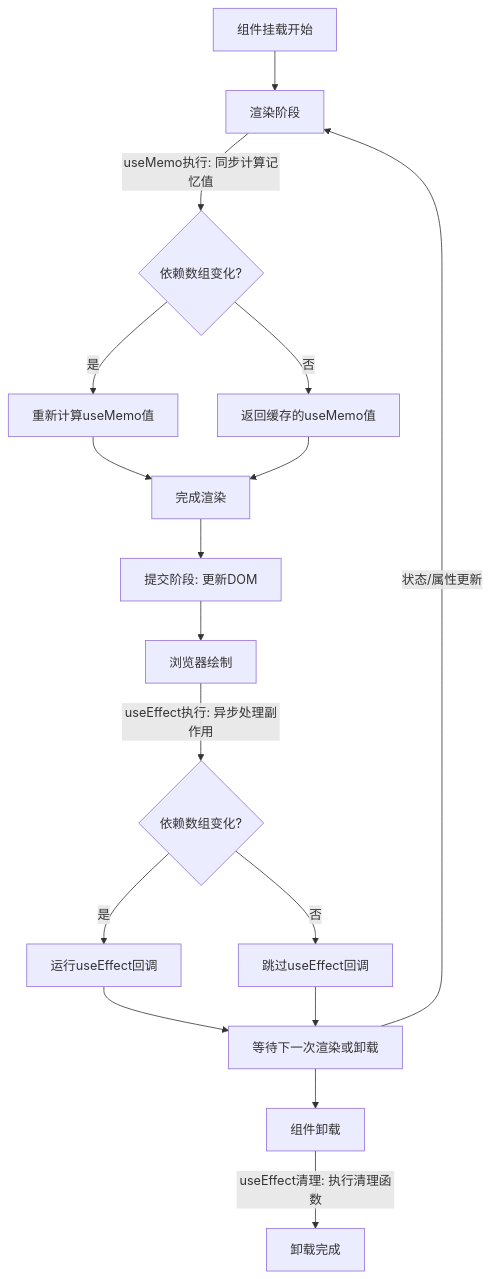
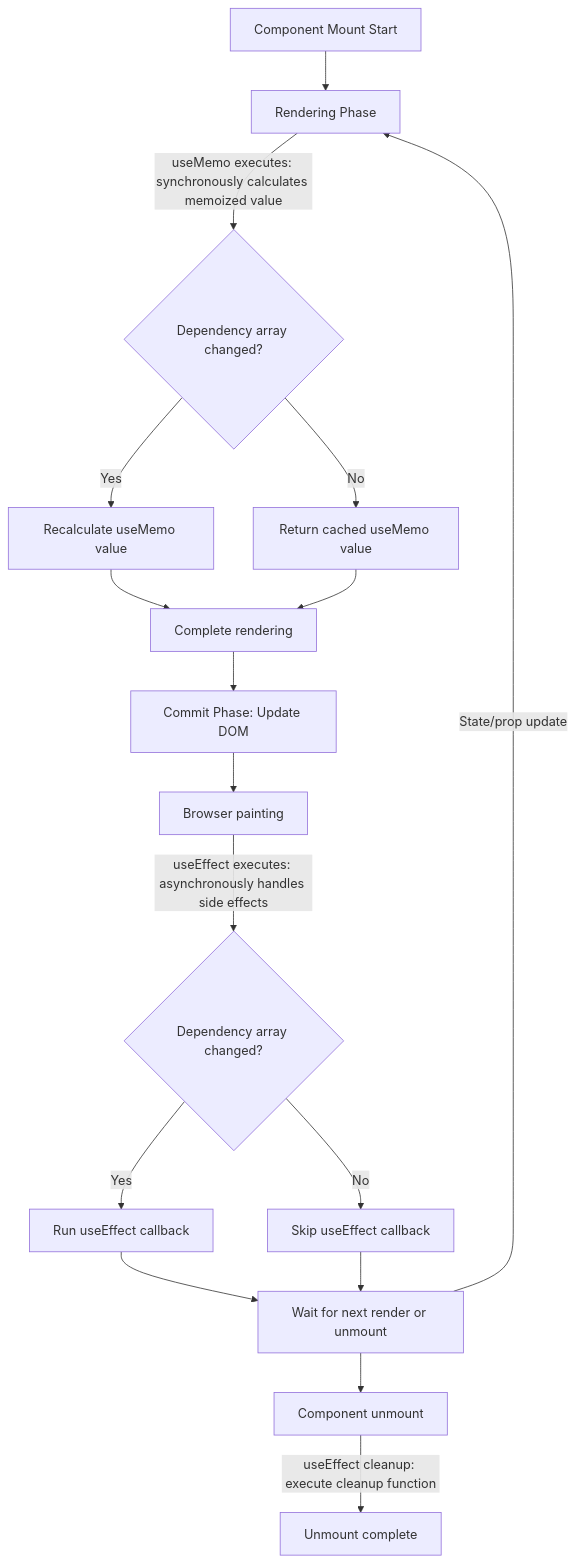
The diagram in files/react-usememo-useeffect.md (liweinan/deepseek-answers), drawn with Mermaid before and after one commit. The commit also changed other lines of this file and 135 other files, not shown here.

````diff
--- a/files/react-usememo-useeffect.md
+++ b/files/react-usememo-useeffect.md
@@ -207,19 +203,19 @@
 ```mermaid
 graph TD
-    A[组件挂载开始] --> B[渲染阶段]
-    B -->|useMemo执行: 同步计算记忆值| C{依赖数组变化?}
-    C -->|是| D[重新计算useMemo值]
-    C -->|否| E[返回缓存的useMemo值]
-    D --> F[完成渲染]
+    A[Component Mount Start] --> B[Rendering Phase]
+    B -->|useMemo executes: synchronously calculates memoized value| C{Dependency array changed?}
+    C -->|Yes| D[Recalculate useMemo value]
+    C -->|No| E[Return cached useMemo value]
+    D --> F[Complete rendering]
     E --> F
-    F --> G[提交阶段: 更新DOM]
-    G --> H[浏览器绘制]
-    H -->|useEffect执行: 异步处理副作用| I{依赖数组变化?}
-    I -->|是| J[运行useEffect回调]
-    I -->|否| K[跳过useEffect回调]
-    J --> L[等待下一次渲染或卸载]
+    F --> G[Commit Phase: Update DOM]
+    G --> H[Browser painting]
+    H -->|useEffect executes: asynchronously handles side effects| I{Dependency array changed?}
+    I -->|Yes| J[Run useEffect callback]
+    I -->|No| K[Skip useEffect callback]
+    J --> L[Wait for next render or unmount]
     K --> L
-    L -->|状态/属性更新| B
-    L --> M[组件卸载]
-    M -->|useEffect清理: 执行清理函数| N[卸载完成]
+    L -->|State/prop update| B
+    L --> M[Component unmount]
+    M -->|useEffect cleanup: execute cleanup function| N[Unmount complete]
 ```
````
